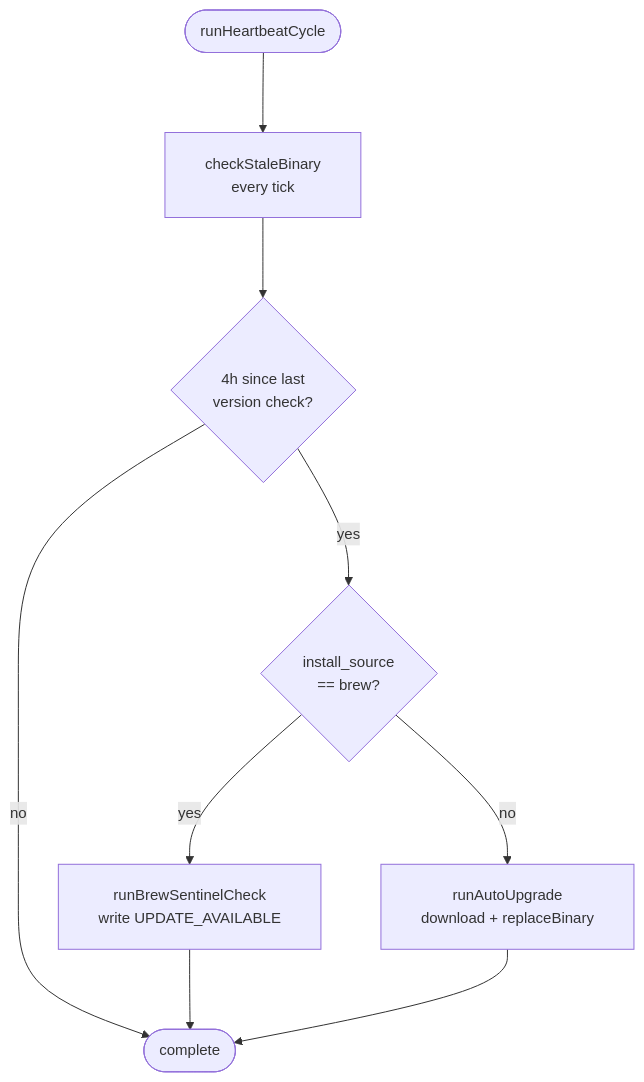
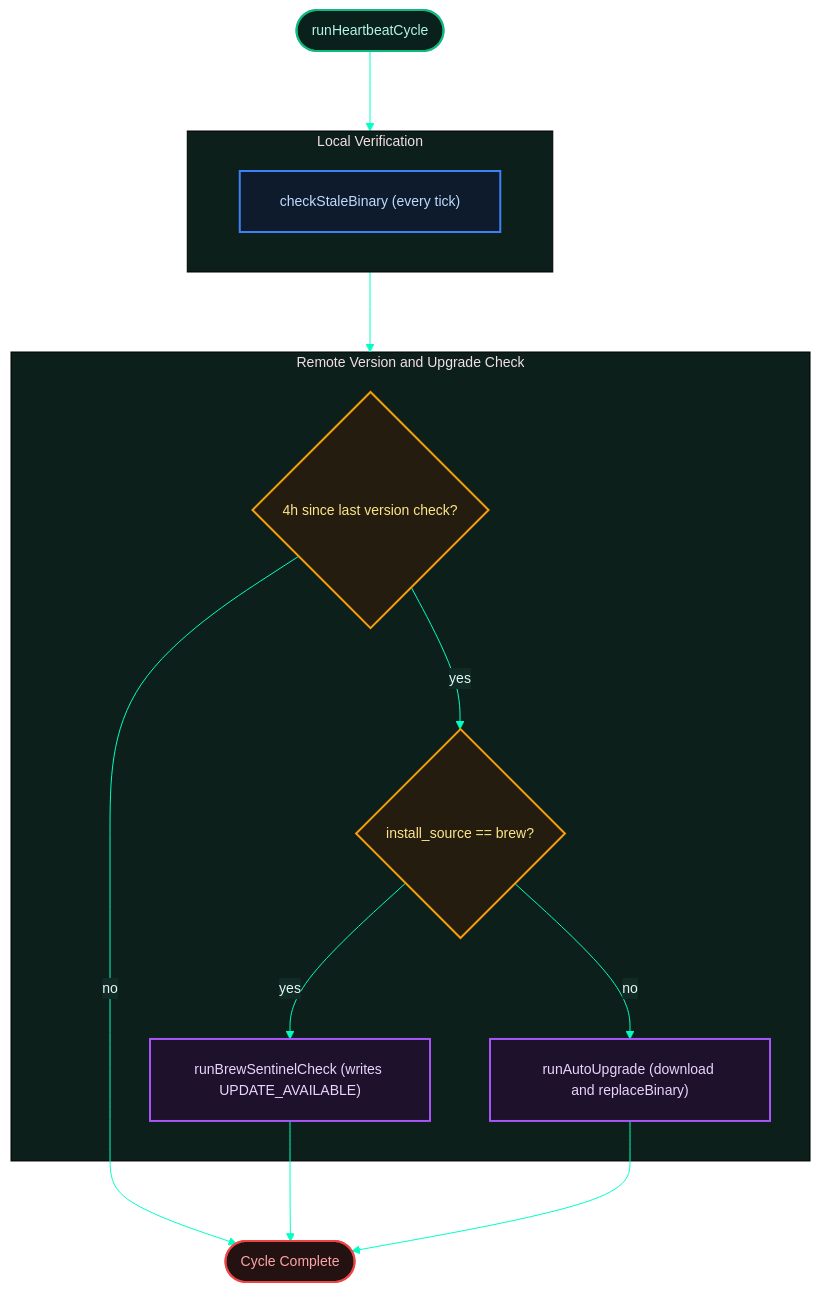
The first of 3 diagrams in docs/04-daemon-loops/4.3-heartbeat-cycle.md (proxai/proxai_gateway), drawn with Mermaid before and after one commit. The commit also changed other lines of this file and 65 other files, not shown here.

````diff
--- a/docs/04-daemon-loops/4.3-heartbeat-cycle.md
+++ b/docs/04-daemon-loops/4.3-heartbeat-cycle.md
@@ -17,13 +19,45 @@
 ```mermaid
-%%{init: {'flowchart': {'useMaxWidth': false, 'htmlLabels': true, 'curve': 'basis', 'nodeSpacing': 60, 'rankSpacing': 80, 'padding': 20}, 'sequence': {'useMaxWidth': false, 'mirrorActors': false, 'actorMargin': 100, 'messageMargin': 50, 'boxMargin': 20, 'wrap': true}, 'stateDiagram': {'useMaxWidth': false, 'nodeSpacing': 60, 'rankSpacing': 80}, 'themeVariables': {'fontSize': '15px'}}}%%
+%%{init: { 'flowchart': { 'useMaxWidth': false, 'htmlLabels': true, 'curve': 'basis', 'nodeSpacing': 60, 'rankSpacing': 80, 'padding': 20 }, 'theme': 'base', 'themeVariables': { 'background': '#081612', 'primaryColor': '#081612', 'primaryTextColor': '#e2f8f5', 'primaryBorderColor': '#00ffc4', 'lineColor': '#00ffc4', 'secondaryColor': '#122a24', 'tertiaryColor': '#0d1f1a', 'fontSize': '14px' } }}%%
 flowchart TD
+  classDef startNode fill:#0a201b,stroke:#10b981,stroke-width:2px,color:#b3f5e6;
+  classDef stopNode fill:#241212,stroke:#ef4444,stroke-width:2px,color:#fca5a5;
+  classDef decNode fill:#241c0e,stroke:#f59e0b,stroke-width:2px,color:#fde68a;
+  classDef processNode fill:#0d1b2d,stroke:#3b82f6,stroke-width:2px,color:#bfdbfe;
+  classDef actionNode fill:#1e112c,stroke:#a855f7,stroke-width:2px,color:#e9d5ff;
+  classDef default fill:#0a201b,stroke:#14b8a6,stroke-width:2px,color:#ccfbf1;
+
   start([runHeartbeatCycle])
-  start --> stale[checkStaleBinary<br/>every tick]
-  stale --> rate{4h since last<br/>version check?}
-  rate -->|no| done([complete])
-  rate -->|yes| brew{install_source<br/>== brew?}
-  brew -->|yes| sentinel[runBrewSentinelCheck<br/>write UPDATE_AVAILABLE]
-  brew -->|no| upgrade[runAutoUpgrade<br/>download + replaceBinary]
+
+  subgraph LocalCheck ["Local Verification"]
+    stale["checkStaleBinary (every tick)"]
+  end
+
+  subgraph RemoteCheck ["Remote Version and Upgrade Check"]
+    rate{"4h since last version check?"}
+    brew{"install_source == brew?"}
+    sentinel["runBrewSentinelCheck (writes UPDATE_AVAILABLE)"]
+    upgrade["runAutoUpgrade (download and replaceBinary)"]
+  end
+
+  done([Cycle Complete])
+
+  start --> LocalCheck
+  LocalCheck --> RemoteCheck
+  
+  rate -->|no| done
+  rate -->|yes| brew
+  
+  brew -->|yes| sentinel
+  brew -->|no| upgrade
+  
   sentinel --> done
   upgrade --> done
+
+  class start startNode;
+  class done stopNode;
+  class rate decNode;
+  class brew decNode;
+  class stale processNode;
+  class sentinel actionNode;
+  class upgrade actionNode;
 ```
````
